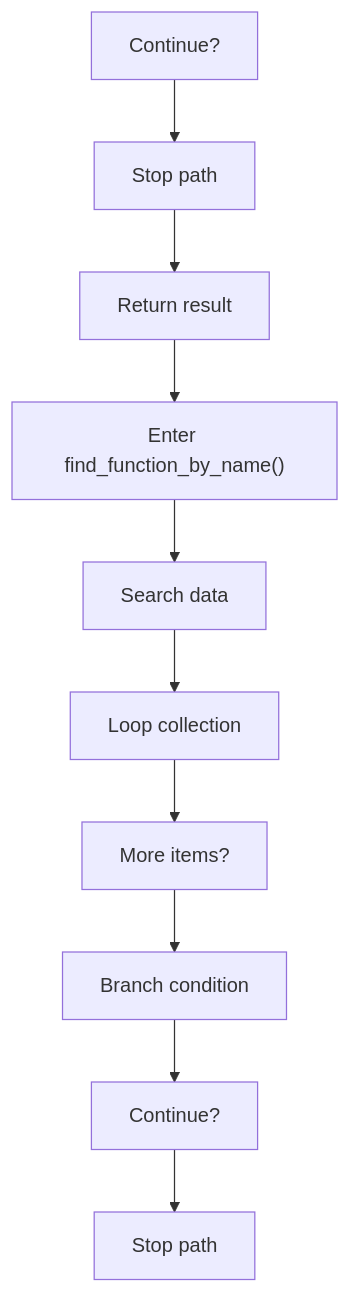
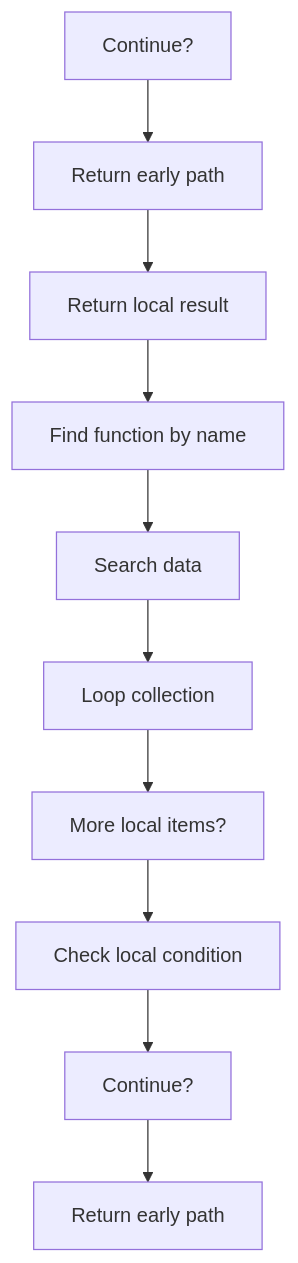
The fourth of 8 diagrams in docs/Codebase/Microservice/Modules/Source/Analysis/ImplementationUse/Resolution/Symbols/Query/Flow/symbols_queries_program_flow.cpp.md (JohnAndrewBalbarosa/NeoTerritory), drawn with Mermaid before and after one commit. The commit also changed other lines of this file and 915 other files, not shown here.

````diff
--- a/docs/Codebase/Microservice/Modules/Source/Analysis/ImplementationUse/Resolution/Symbols/Query/Flow/symbols_queries_program_flow.cpp.md
+++ b/docs/Codebase/Microservice/Modules/Source/Analysis/ImplementationUse/Resolution/Symbols/Query/Flow/symbols_queries_program_flow.cpp.md
@@ -93,22 +93,22 @@
 ```mermaid
 flowchart TD
     N0["Continue?"]
-    N1["Stop path"]
-    N2["Return result"]
-    N3["Enter find_function_by_name()"]
+    N1["Return early path"]
+    N2["Return local result"]
+    N3["Find function by name"]
     N4["Search data"]
     N5["Loop collection"]
-    N6["More items?"]
-    N7["Branch condition"]
+    N6["More local items?"]
+    N7["Check local condition"]
     N8["Continue?"]
-    N9["Stop path"]
+    N9["Return early path"]
     N0 --> N1
     N1 --> N2
     N2 --> N3
     N3 --> N4
     N4 --> N5
     N5 --> N6
     N6 --> N7
     N7 --> N8
     N8 --> N9
 ```
````
